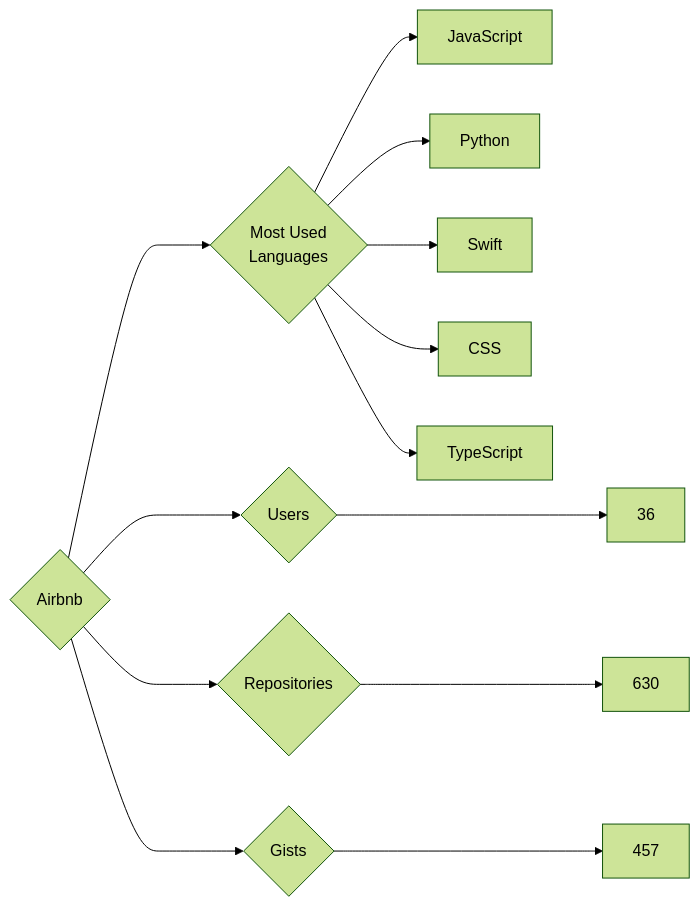
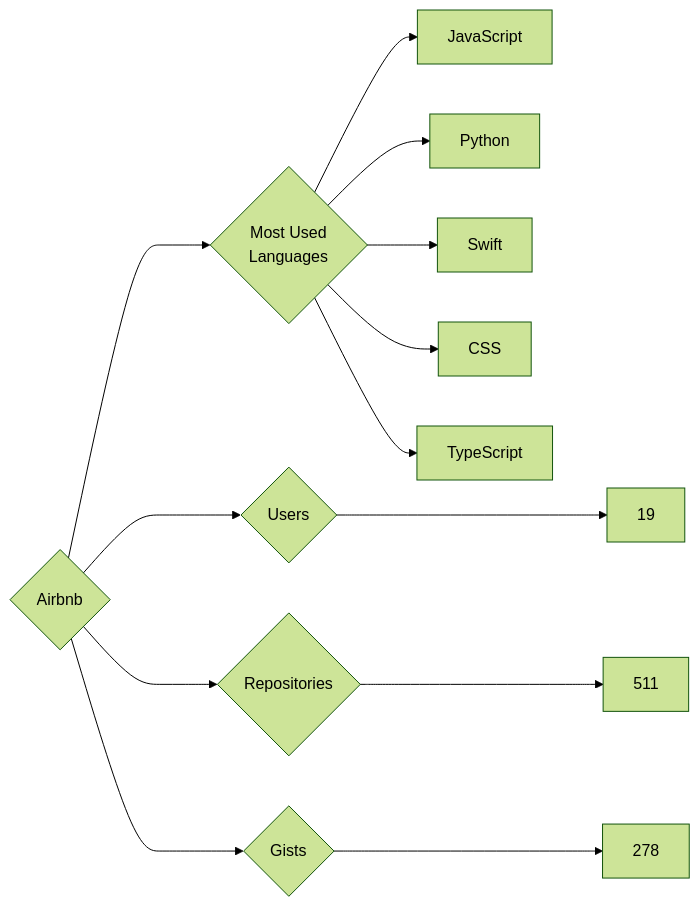
One commit to trickest/insiders changed the diagram in targets/Airbnb/README.md. Above: the diagram before and after it, drawn with Mermaid (forest theme). The commit also changed 772 other files, not shown here.

````diff
--- a/targets/Airbnb/README.md
+++ b/targets/Airbnb/README.md
@@ -3,13 +3,13 @@
 ```mermaid
 graph LR
 COMPANY_NAME{Airbnb}
-COMPANY_NAME ---> U{Users} ---> UN[36]
-COMPANY_NAME ---> R{Repositories} ---> RN[630]
-COMPANY_NAME ---> G{Gists} ---> GN[457]
+COMPANY_NAME ---> U{Users} ---> UN[19]
+COMPANY_NAME ---> R{Repositories} ---> RN[511]
+COMPANY_NAME ---> G{Gists} ---> GN[278]
 COMPANY_NAME ---> ML{Most Used<br>Languages}
 ML --> JavaScript[JavaScript]
 ML --> Python[Python]
 ML --> Swift[Swift]
 ML --> CSS[CSS]
 ML --> TypeScript[TypeScript]
 ```
````
